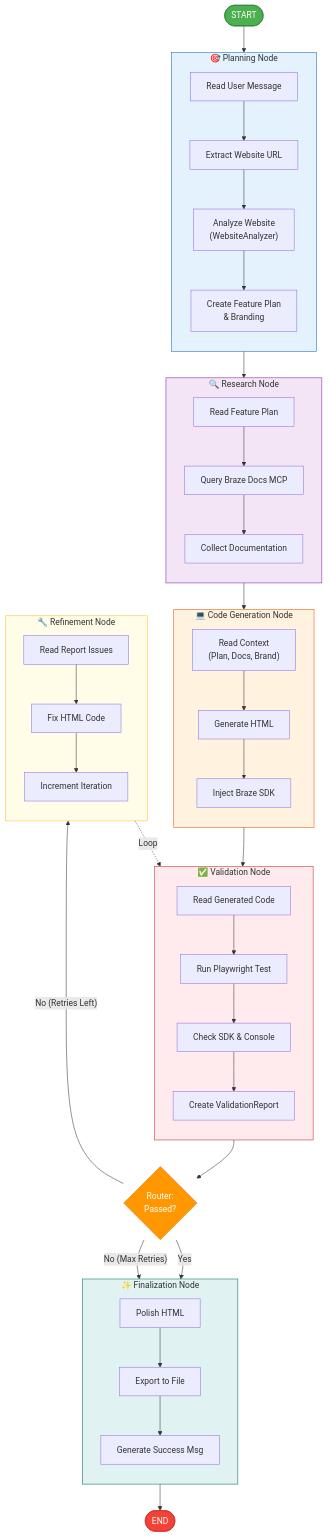
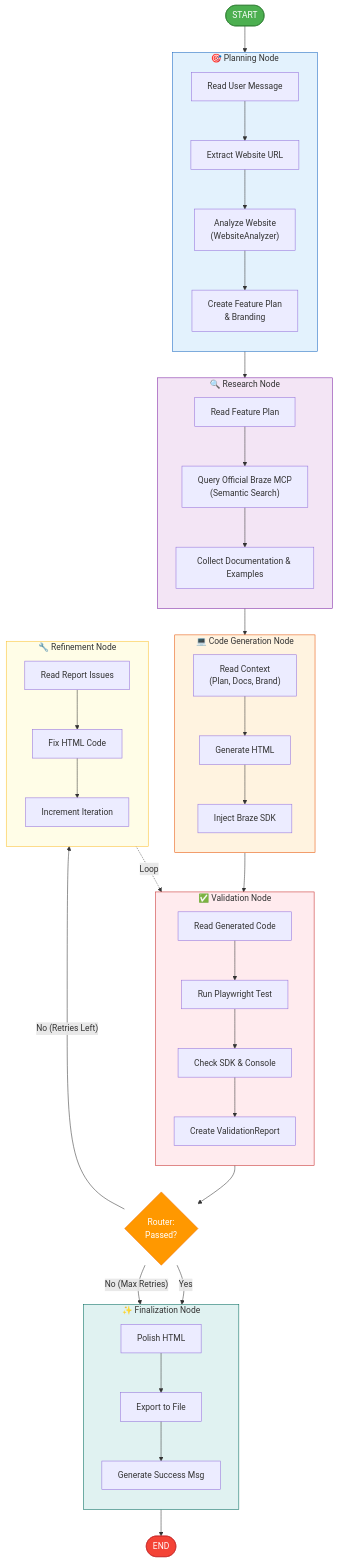
Before and after one commit to jacobjaffe972/braze-sdk-demo-builder: the fourth of 6 diagrams in docs/WORKFLOW_DIAGRAMS.md, drawn with Mermaid. The commit also changed other lines of this file and 7 other files, not shown here.

First line of the commit message:
feat: Switch to official Braze MCP server with improved documentation access

````diff
--- a/docs/WORKFLOW_DIAGRAMS.md
+++ b/docs/WORKFLOW_DIAGRAMS.md
@@ -266,69 +266,69 @@
 ```mermaid
 flowchart TD
     Start([START]) --> P1
 
     subgraph Planning["🎯 Planning Node"]
         direction TB
         P1[Read User Message] --> P2[Extract Website URL]
         P2 --> P3["Analyze Website<br/>(WebsiteAnalyzer)"]
         P3 --> P4["Create Feature Plan<br/>& Branding"]
     end
 
     P4 --> R1
 
     subgraph Research["🔍 Research Node"]
         direction TB
-        R1[Read Feature Plan] --> R2[Query Braze Docs MCP]
-        R2 --> R3[Collect Documentation]
+        R1[Read Feature Plan] --> R2["Query Official Braze MCP<br/>(Semantic Search)"]
+        R2 --> R3[Collect Documentation & Examples]
     end
 
     R3 --> C1
 
     subgraph CodeGen["💻 Code Generation Node"]
         direction TB
         C1["Read Context<br/>(Plan, Docs, Brand)"] --> C2[Generate HTML]
         C2 --> C3[Inject Braze SDK]
     end
 
     C3 --> V1
 
     subgraph Validation["✅ Validation Node"]
         direction TB
         V1[Read Generated Code] --> V2[Run Playwright Test]
         V2 --> V3[Check SDK & Console]
         V3 --> V4[Create ValidationReport]
     end
 
     V4 --> Router{Router:<br/>Passed?}
 
     Router -->|Yes| F1
     Router -->|"No (Max Retries)"| F1
     Router -->|"No (Retries Left)"| RF1
 
     subgraph Refinement["🔧 Refinement Node"]
         direction TB
         RF1[Read Report Issues] --> RF2[Fix HTML Code]
         RF2 --> RF3[Increment Iteration]
     end
 
     RF3 -.->|Loop| V1
 
     subgraph Finalization["✨ Finalization Node"]
         direction TB
         F1[Polish HTML] --> F2[Export to File]
         F2 --> F3[Generate Success Msg]
     end
 
     F3 --> End([END])
 
     style Start fill:#4caf50,stroke:#2e7d32,color:white
     style End fill:#f44336,stroke:#c62828,color:white
     style Router fill:#ff9800,stroke:#ef6c00,color:white
 
     style Planning fill:#e3f2fd,stroke:#1565c0
     style Research fill:#f3e5f5,stroke:#7b1fa2
     style CodeGen fill:#fff3e0,stroke:#e65100
     style Validation fill:#ffebee,stroke:#c62828
     style Refinement fill:#fffde7,stroke:#fbc02d
     style Finalization fill:#e0f2f1,stroke:#00695c
 ```
````
